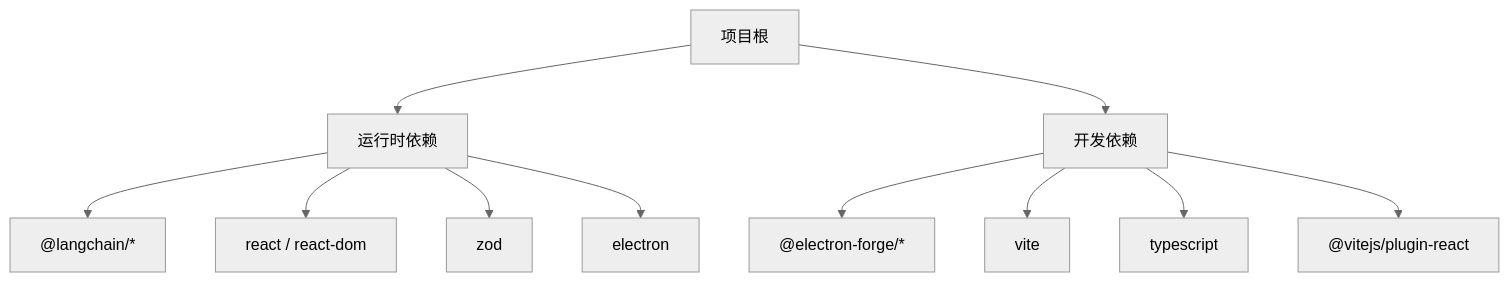
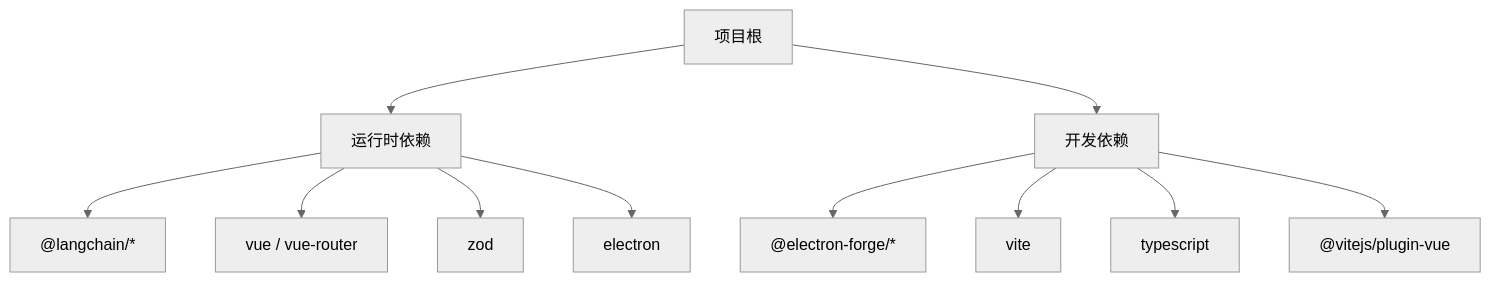
One commit to hallllla/QAQ-Agent changed the sixth of 6 diagrams in .qoder/repowiki/zh/content/开发环境设置.md. Above: the diagram before and after it, drawn with Mermaid (neutral theme). The commit also changed other lines of this file and 23 other files, not shown here.

````diff
--- a/.qoder/repowiki/zh/content/开发环境设置.md
+++ b/.qoder/repowiki/zh/content/开发环境设置.md
@@ -309,13 +321,13 @@
 ```mermaid
 graph TB
 Root["项目根"] --> Deps["运行时依赖"]
 Root --> DevDeps["开发依赖"]
 Deps --> LC["@langchain/*"]
-Deps --> React["react / react-dom"]
+Deps --> Vue["vue / vue-router"]
 Deps --> Zod["zod"]
 Deps --> Electron["electron"]
 DevDeps --> Forge["@electron-forge/*"]
 DevDeps --> Vite["vite"]
 DevDeps --> TS["typescript"]
-DevDeps --> ReactPl["@vitejs/plugin-react"]
+DevDeps --> VuePl["@vitejs/plugin-vue"]
 ```
````
